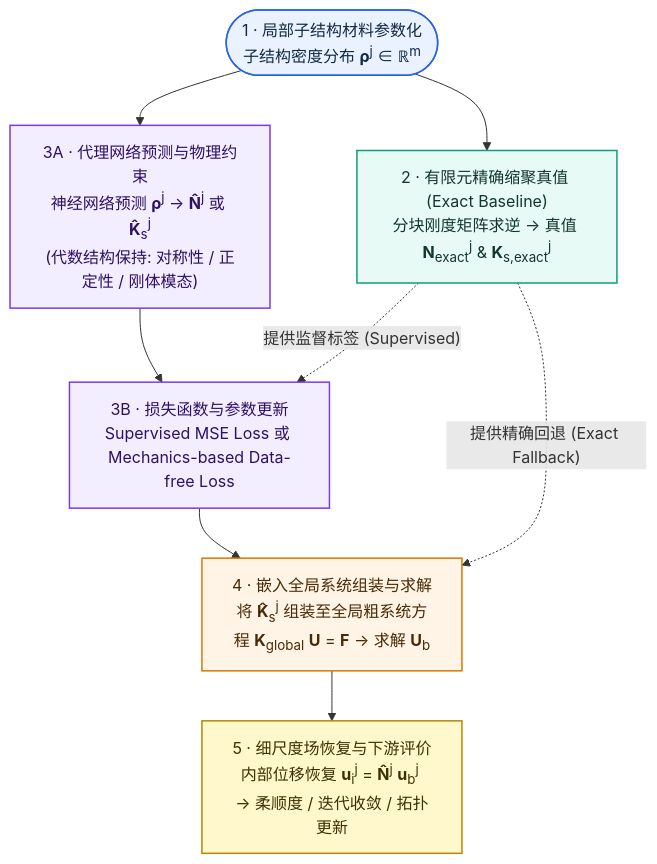
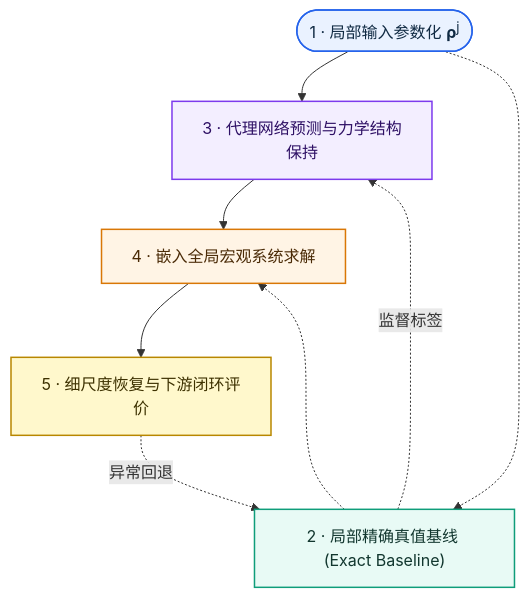
One commit to brighthe/dut-postdoc changed the first of 2 diagrams in concepts/piml/piml-paradigm.md. Above: the diagram before and after it, drawn with Mermaid. The commit also changed other lines of this file and 591 other files, not shown here.

````diff
--- a/concepts/piml/piml-paradigm.md
+++ b/concepts/piml/piml-paradigm.md
@@ -112,26 +210,26 @@
 ```mermaid
 flowchart TD
-    A(["1 · 局部子结构材料参数化<br/>子结构密度分布 <b>ρ</b><sup>j</sup> ∈ ℝ<sup>m</sup>"])
-    B["2 · 有限元精确缩聚真值 (Exact Baseline)<br/>分块刚度矩阵求逆 → 真值 <b>N</b><sub>exact</sub><sup>j</sup> & <b>K</b><sub>s,exact</sub><sup>j</sup>"]
-    C["3A · 代理网络预测与物理约束<br/>神经网络预测 <b>ρ</b><sup>j</sup> → <b>N̂</b><sup>j</sup> 或 <b>K̂</b><sub>s</sub><sup>j</sup><br/>(代数结构保持: 对称性 / 正定性 / 刚体模态)"]
-    D["3B · 损失函数与参数更新<br/>Supervised MSE Loss 或 Mechanics-based Data-free Loss"]
-    E["4 · 嵌入全局系统组装与求解<br/>将 <b>K̂</b><sub>s</sub><sup>j</sup> 组装至全局粗系统方程 <b>K</b><sub>global</sub> <b>U</b> = <b>F</b> → 求解 <b>U</b><sub>b</sub>"]
-    F["5 · 细尺度场恢复与下游评价<br/>内部位移恢复 <b>u</b><sub>i</sub><sup>j</sup> = <b>N̂</b><sup>j</sup> <b>u</b><sub>b</sub><sup>j</sup> → 柔顺度 / 迭代收敛 / 拓扑更新"]
+    S1(["1 · 局部输入参数化 <b>ρ</b><sup>j</sup>"])
+    S2["2 · 局部精确真值基线 (Exact Baseline)"]
+    S3["3 · 代理网络预测与力学结构保持"]
+    S4["4 · 嵌入全局宏观系统求解"]
+    S5["5 · 细尺度恢复与下游闭环评价"]
 
-    A --> B
-    A --> C --> D --> E --> F
-    B -. "提供监督标签 (Supervised)" .-> D
-    B -. "提供精确回退 (Exact Fallback)" .-> E
+    S1 --> S3 --> S4 --> S5
+    S1 -.-> S2
+    S2 -. "监督标签" .-> S3
+    S5 -. "异常回退" .-> S2
+    S2 -.-> S4
 
     classDef input fill:#EAF2FF,stroke:#2563EB,color:#102A43,stroke-width:1.5px;
     classDef exact fill:#E8FAF5,stroke:#0F9D7A,color:#12372F,stroke-width:1.5px;
     classDef model fill:#F3EEFF,stroke:#7C3AED,color:#2E1065,stroke-width:1.5px;
     classDef global fill:#FFF4E5,stroke:#D97706,color:#4A2A06,stroke-width:1.5px;
     classDef downstream fill:#FFF8CC,stroke:#B88700,color:#3D3100,stroke-width:1.5px;
 
-    class A input;
-    class B exact;
-    class C,D model;
-    class E global;
-    class F downstream;
+    class S1 input;
+    class S2 exact;
+    class S3 model;
+    class S4 global;
+    class S5 downstream;
 ```
````
